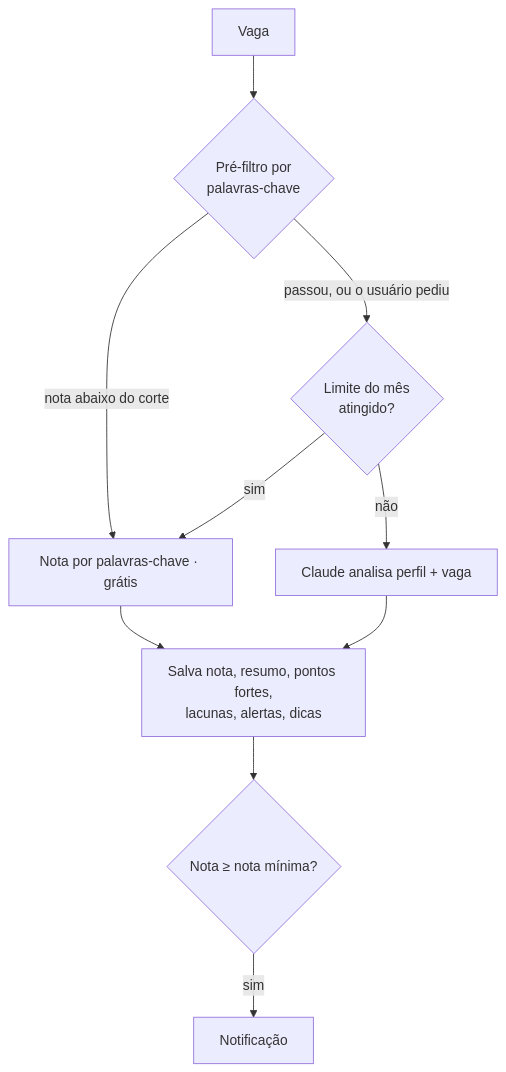
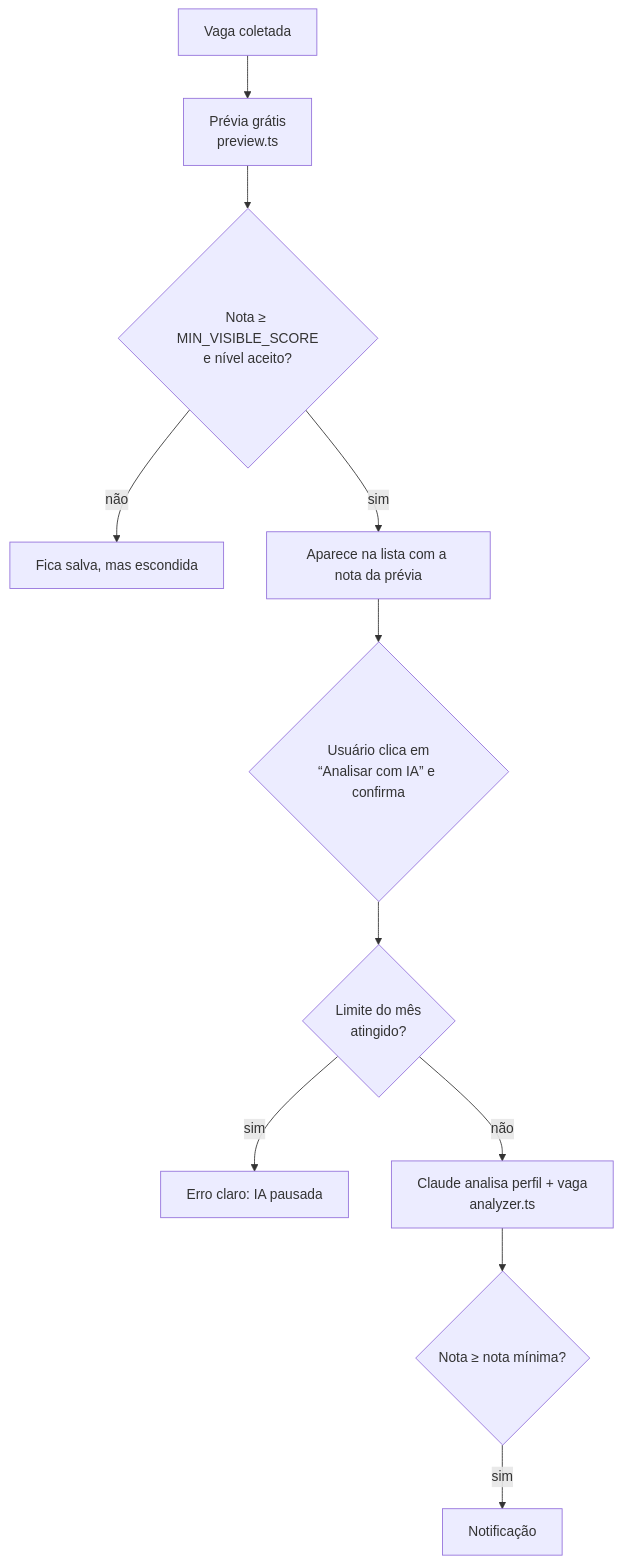
The second of 2 diagrams in README.md (Muhhzx/job-analyzer-backend), drawn with Mermaid before and after one commit. The commit also changed other lines of this file, not shown here.

````diff
--- a/README.md
+++ b/README.md
@@ -73,12 +91,13 @@
 ```mermaid
 flowchart TD
-    A[Vaga] --> B{Pré-filtro por<br/>palavras-chave}
-    B -->|nota abaixo do corte| K[Nota por palavras-chave · grátis]
-    B -->|passou, ou o usuário pediu| C{Limite do mês<br/>atingido?}
-    C -->|sim| K
-    C -->|não| D[Claude analisa perfil + vaga]
-    D --> E[Salva nota, resumo, pontos fortes,<br/>lacunas, alertas, dicas]
-    K --> E
-    E --> F{Nota ≥ nota mínima?}
-    F -->|sim| G[Notificação]
+    A[Vaga coletada] --> P[Prévia grátis<br/>preview.ts]
+    P --> V{Nota ≥ MIN_VISIBLE_SCORE<br/>e nível aceito?}
+    V -->|não| H[Fica salva, mas escondida]
+    V -->|sim| L[Aparece na lista com a nota da prévia]
+    L --> U{Usuário clica em<br/>“Analisar com IA” e confirma}
+    U --> M{Limite do mês<br/>atingido?}
+    M -->|sim| X[Erro claro: IA pausada]
+    M -->|não| D[Claude analisa perfil + vaga<br/>analyzer.ts]
+    D --> N{Nota ≥ nota mínima?}
+    N -->|sim| G[Notificação]
 ```
````
